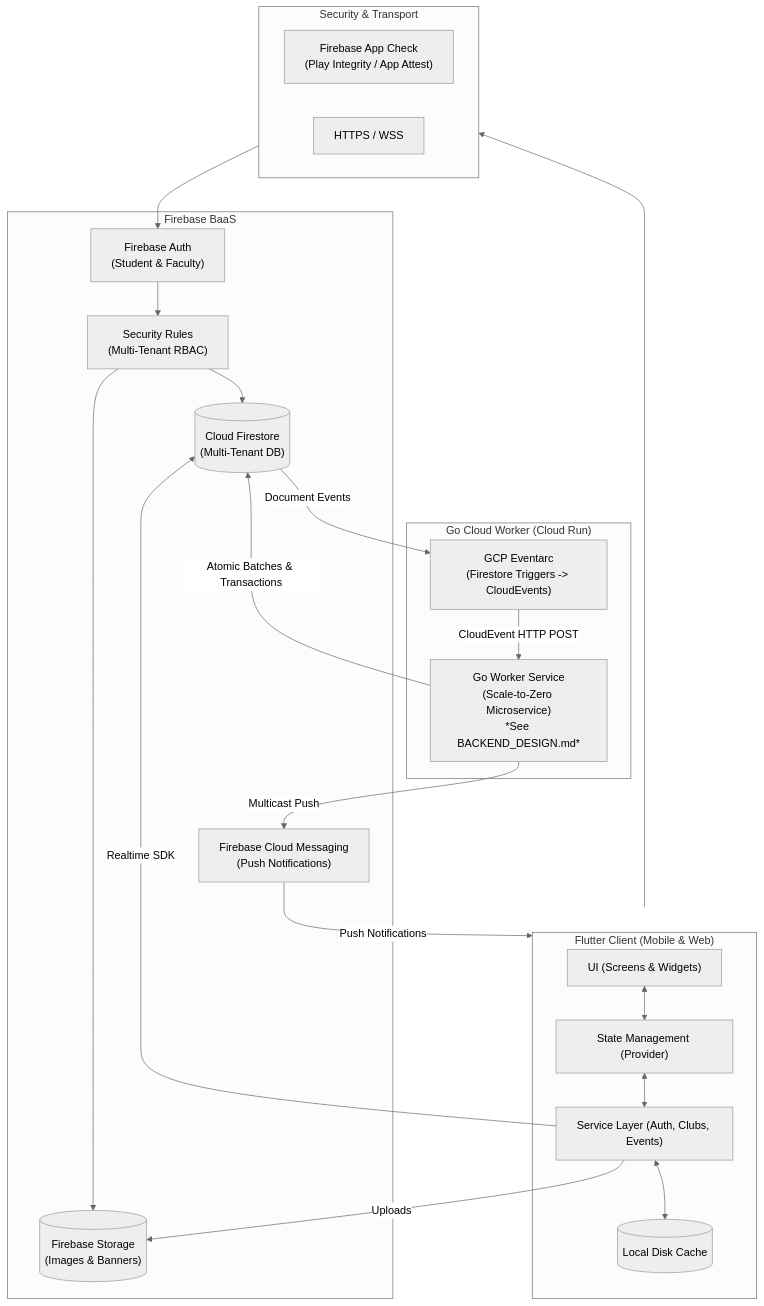
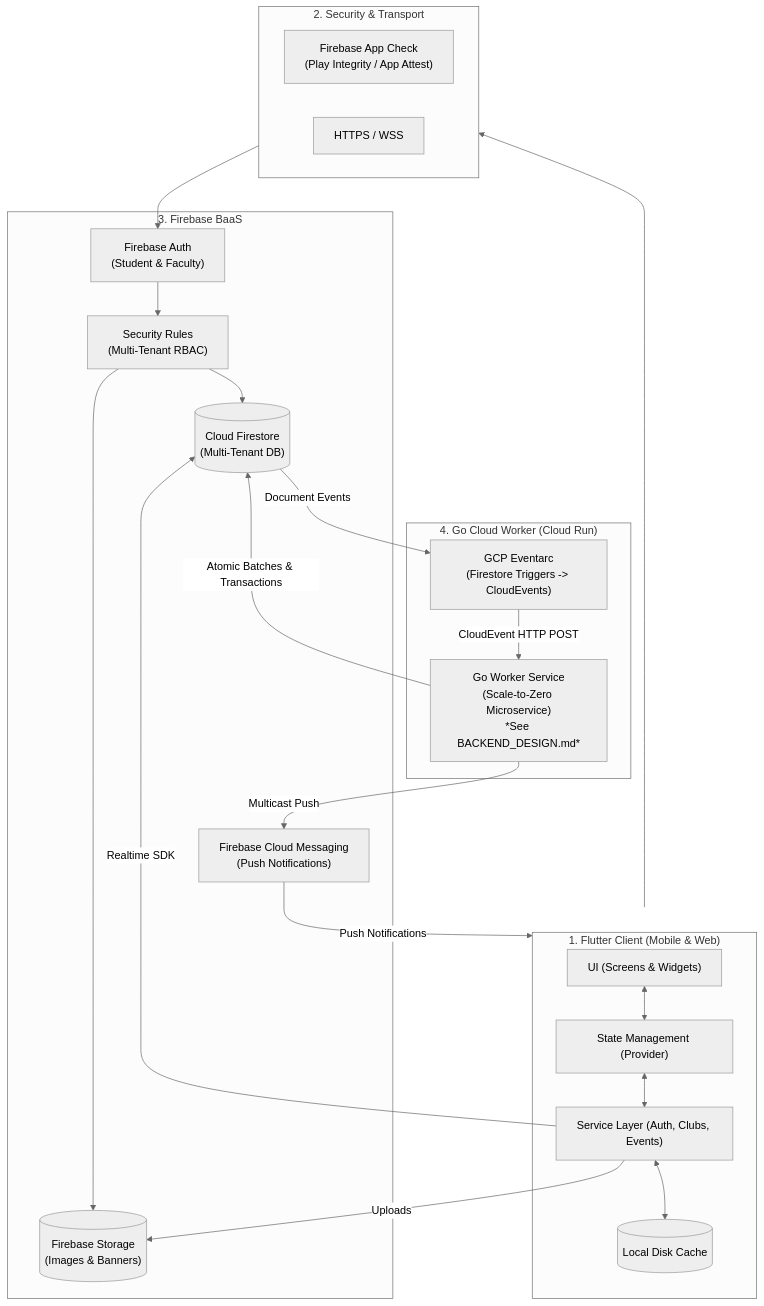
Before and after one commit to vkshdev/klubconnect: the diagram in ARCHITECTURE.md, drawn with Mermaid (neutral theme).

Commit message:
update architecture diagram to include numbered sections

````diff
--- a/ARCHITECTURE.md
+++ b/ARCHITECTURE.md
@@ -18,46 +18,46 @@
 ```mermaid
 flowchart TB
-    subgraph ClientTier["Flutter Client (Mobile & Web)"]
+    subgraph ClientTier["1. Flutter Client (Mobile & Web)"]
         UI["UI (Screens & Widgets)"]
         STATE["State Management (Provider)"]
         SVC["Service Layer (Auth, Clubs, Events)"]
         CACHE[("Local Disk Cache")]
 
         UI <--> STATE
         STATE <--> SVC
         SVC <--> CACHE
     end
 
-    subgraph SecurityGateway["Security & Transport"]
+    subgraph SecurityGateway["2. Security & Transport"]
         APPCHECK["Firebase App Check\n(Play Integrity / App Attest)"]
         TLS["HTTPS / WSS"]
     end
 
     ClientTier --> SecurityGateway
 
-    subgraph BaaSTier["Firebase BaaS"]
+    subgraph BaaSTier["3. Firebase BaaS"]
         AUTH["Firebase Auth\n(Student & Faculty)"]
         RULES["Security Rules\n(Multi-Tenant RBAC)"]
         FIRESTORE[("Cloud Firestore\n(Multi-Tenant DB)")]
         STORAGE[("Firebase Storage\n(Images & Banners)")]
         FCM["Firebase Cloud Messaging\n(Push Notifications)"]
     end
 
     SecurityGateway --> AUTH
     AUTH --> RULES
     RULES --> FIRESTORE
     RULES --> STORAGE
     SVC -->|Realtime SDK| FIRESTORE
     SVC -->|Uploads| STORAGE
 
-    subgraph AsyncPipeline["Go Cloud Worker (Cloud Run)"]
+    subgraph AsyncPipeline["4. Go Cloud Worker (Cloud Run)"]
         EVENTARC["GCP Eventarc\n(Firestore Triggers -> CloudEvents)"]
         CLOUDRUN["Go Worker Service\n(Scale-to-Zero Microservice)\n*See BACKEND_DESIGN.md*"]
     end
 
     FIRESTORE -->|Document Events| EVENTARC
     EVENTARC -->|CloudEvent HTTP POST| CLOUDRUN
     CLOUDRUN -->|Atomic Batches & Transactions| FIRESTORE
     CLOUDRUN -->|Multicast Push| FCM
     FCM -->|Push Notifications| ClientTier
 ```
````
